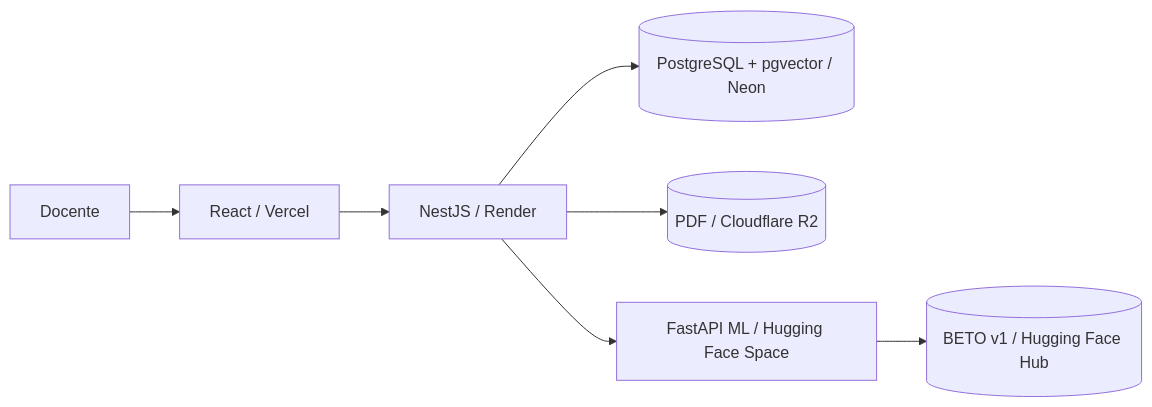
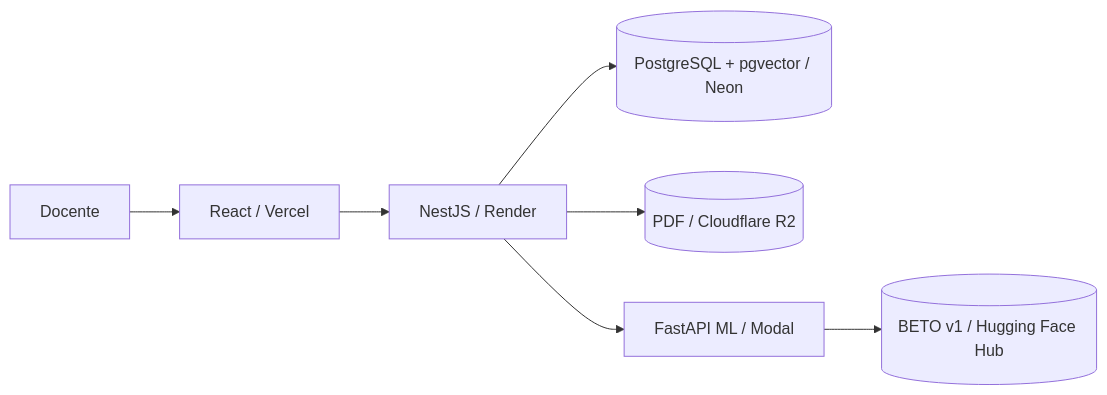
Before and after one commit to JaquelineRocio/historia-viva-peru-tfm: the diagram in README.md, drawn with Mermaid. The commit also changed other lines of this file and 13 other files, not shown here.

````diff
--- a/README.md
+++ b/README.md
@@ -83,9 +83,9 @@
 ```mermaid
 flowchart LR
   U[Docente] --> W[React / Vercel]
   W --> A[NestJS / Render]
   A --> D[(PostgreSQL + pgvector / Neon)]
   A --> O[(PDF / Cloudflare R2)]
-  A --> M[FastAPI ML / Hugging Face Space]
+  A --> M[FastAPI ML / Modal]
   M --> H[(BETO v1 / Hugging Face Hub)]
 ```
````
